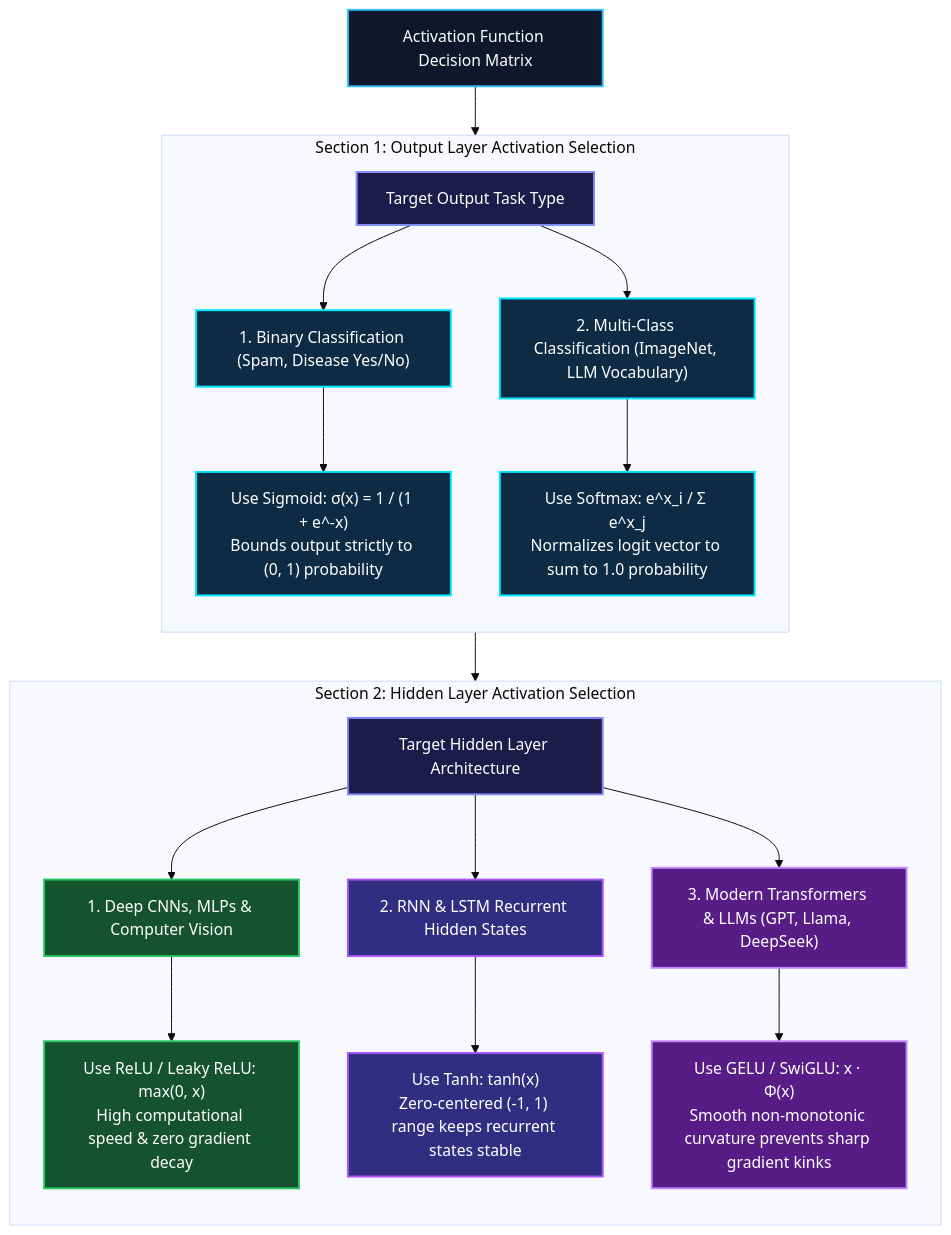
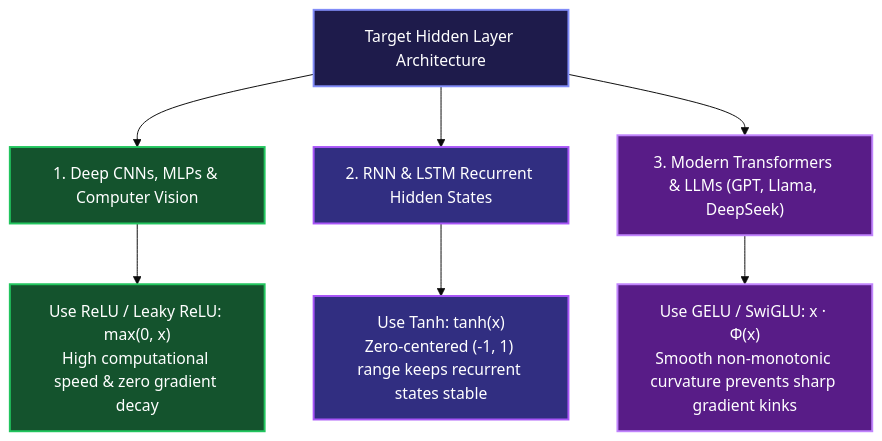
Before and after one commit to narenandu/narenvadapalli_dot_com: the fourth of 4 diagrams in contents/blog/0074-demystifying-activation-functions-non-linearity-types-use-cases/index.md, drawn with Mermaid (base theme). The commit also changed other lines of this file, not shown here.

Commit message:
style(blog): remove artificial connector arrows between independent subgraphs

````diff
--- a/contents/blog/0074-demystifying-activation-functions-non-linearity-types-use-cases/index.md
+++ b/contents/blog/0074-demystifying-activation-functions-non-linearity-types-use-cases/index.md
@@ -97,55 +124,27 @@
 ```mermaid
 flowchart TD
     direction TB
 
-    START["Activation Function Decision Matrix"]
+    HID_Q["Target Hidden Layer Architecture"]
+    
+    HID_CNN["1. Deep CNNs, MLPs & Computer Vision"]
+    RELU["Use ReLU / Leaky ReLU: max(0, x)<br/>High computational speed & zero gradient decay"]
+    
+    HID_RNN["2. RNN & LSTM Recurrent Hidden States"]
+    TANH["Use Tanh: tanh(x)<br/>Zero-centered (-1, 1) range keeps recurrent states stable"]
+    
+    HID_LLM["3. Modern Transformers & LLMs (GPT, Llama, DeepSeek)"]
+    GELU["Use GELU / SwiGLU: x · Φ(x)<br/>Smooth non-monotonic curvature prevents sharp gradient kinks"]
 
-    subgraph OutputLayer ["Section 1: Output Layer Activation Selection"]
-        direction TB
-        OUT_Q["Target Output Task Type"]
-        
-        OUT_BIN["1. Binary Classification (Spam, Disease Yes/No)"]
-        SIGMOID["Use Sigmoid: σ(x) = 1 / (1 + e^-x)<br/>Bounds output strictly to (0, 1) probability"]
-        
-        OUT_MULTI["2. Multi-Class Classification (ImageNet, LLM Vocabulary)"]
-        SOFTMAX["Use Softmax: e^x_i / Σ e^x_j<br/>Normalizes logit vector to sum to 1.0 probability"]
-
-        OUT_Q --> OUT_BIN --> SIGMOID
-        OUT_Q --> OUT_MULTI --> SOFTMAX
-    end
-
-    subgraph HiddenLayer ["Section 2: Hidden Layer Activation Selection"]
-        direction TB
-        HID_Q["Target Hidden Layer Architecture"]
-        
-        HID_CNN["1. Deep CNNs, MLPs & Computer Vision"]
-        RELU["Use ReLU / Leaky ReLU: max(0, x)<br/>High computational speed & zero gradient decay"]
-        
-        HID_RNN["2. RNN & LSTM Recurrent Hidden States"]
-        TANH["Use Tanh: tanh(x)<br/>Zero-centered (-1, 1) range keeps recurrent states stable"]
-        
-        HID_LLM["3. Modern Transformers & LLMs (GPT, Llama, DeepSeek)"]
-        GELU["Use GELU / SwiGLU: x · Φ(x)<br/>Smooth non-monotonic curvature prevents sharp gradient kinks"]
-
-        HID_Q --> HID_CNN --> RELU
-        HID_Q --> HID_RNN --> TANH
-        HID_Q --> HID_LLM --> GELU
-    end
-
-    START --> OutputLayer --> HiddenLayer
-
-    style START fill:#0f172a,stroke:#38bdf8,stroke-width:2px,color:#ffffff
-    style OUT_Q fill:#1e1b4b,stroke:#818cf8,stroke-width:2px,color:#ffffff
-    style OUT_BIN fill:#0d2b45,stroke:#00e5ff,stroke-width:2px,color:#ffffff
-    style SIGMOID fill:#0d2b45,stroke:#00e5ff,stroke-width:2px,color:#ffffff
-    style OUT_MULTI fill:#0d2b45,stroke:#00e5ff,stroke-width:2px,color:#ffffff
-    style SOFTMAX fill:#0d2b45,stroke:#00e5ff,stroke-width:2px,color:#ffffff
+    HID_Q --> HID_CNN --> RELU
+    HID_Q --> HID_RNN --> TANH
+    HID_Q --> HID_LLM --> GELU
 
     style HID_Q fill:#1e1b4b,stroke:#818cf8,stroke-width:2px,color:#ffffff
     style HID_CNN fill:#14532d,stroke:#22c55e,stroke-width:2px,color:#ffffff
     style RELU fill:#14532d,stroke:#22c55e,stroke-width:2px,color:#ffffff
     style HID_RNN fill:#312e81,stroke:#a855f7,stroke-width:2px,color:#ffffff
     style TANH fill:#312e81,stroke:#a855f7,stroke-width:2px,color:#ffffff
     style HID_LLM fill:#581c87,stroke:#c084fc,stroke-width:2px,color:#ffffff
     style GELU fill:#581c87,stroke:#c084fc,stroke-width:2px,color:#ffffff
 ```
````
